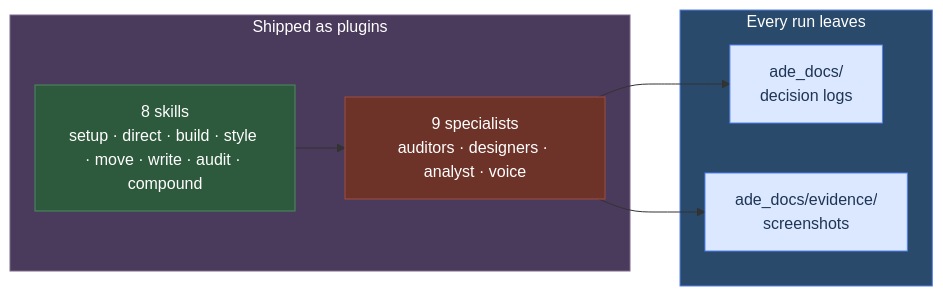
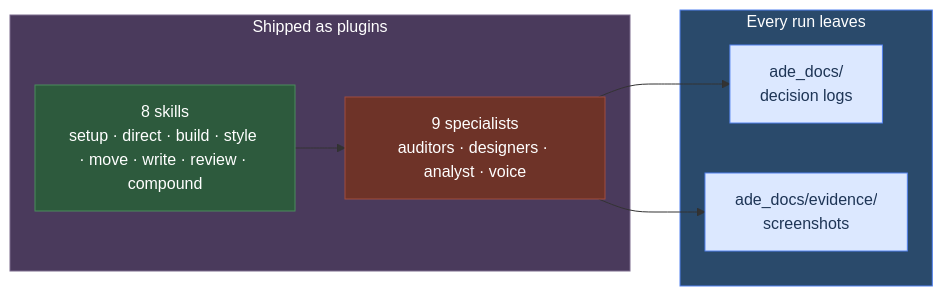
The second of 4 diagrams in README.md (akshansh/agentic-design-engineering), drawn with Mermaid before and after one commit. The commit also changed other lines of this file and 11 other files, not shown here.

````diff
--- a/README.md
+++ b/README.md
@@ -82,23 +82,23 @@
 ```mermaid
 flowchart LR
     subgraph Package["Shipped as plugins"]
-        Skills["8 skills<br/>setup · direct · build · style · move · write · audit · compound"]
+        Skills["8 skills<br/>setup · direct · build · style · move · write · review · compound"]
         Agents["9 specialists<br/>auditors · designers · analyst · voice"]
     end
 
     subgraph Proof["Every run leaves"]
         Logs["ade_docs/<br/>decision logs"]
         Evidence["ade_docs/evidence/<br/>screenshots"]
     end
 
     Skills --> Agents
     Agents --> Logs
     Agents --> Evidence
 
     style Package fill:#4a3a5c,stroke:#7a6a8c,color:#fff
     style Skills fill:#2d5a3d,stroke:#4a8c5c,color:#fff
     style Agents fill:#6e3328,stroke:#a04d3e,color:#fff
     style Proof fill:#2a4a6b,stroke:#5282ef,color:#fff
     style Logs fill:#dce8ff,stroke:#5282ef,color:#1e3556
     style Evidence fill:#dce8ff,stroke:#5282ef,color:#1e3556
 ```
````
